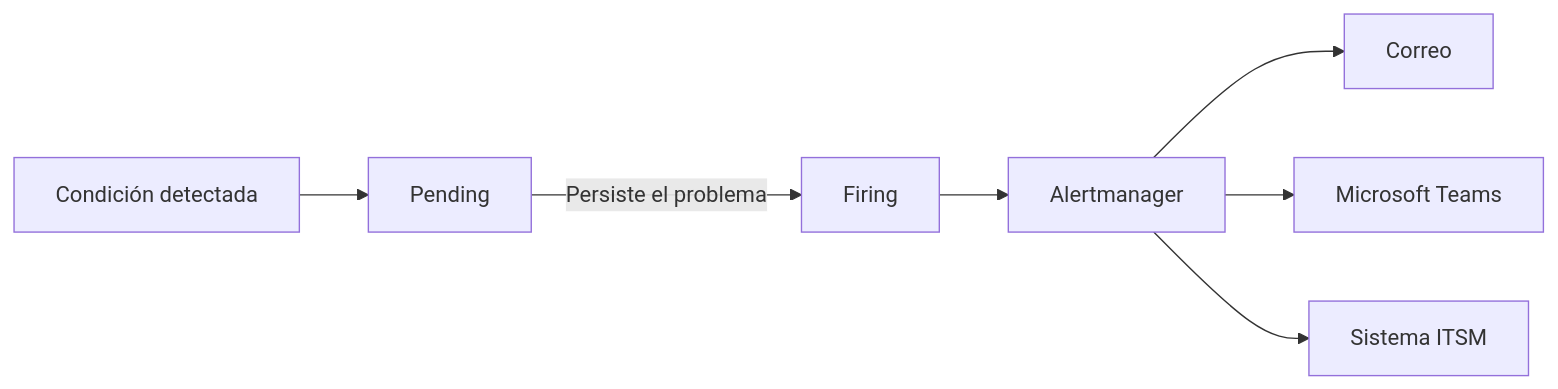
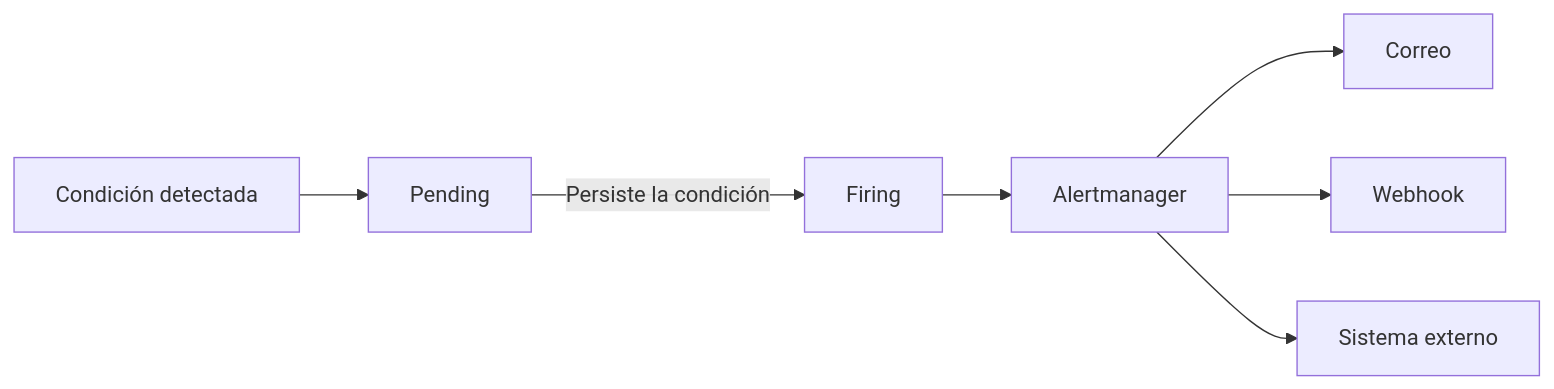
The third of 9 diagrams in docs/sesion3/3.3 Alertas.md (ieftraining/curso-openshift), drawn with Mermaid before and after one commit. The commit also changed other lines of this file, not shown here.

````diff
--- a/docs/sesion3/3.3 Alertas.md
+++ b/docs/sesion3/3.3 Alertas.md
@@ -127,14 +116,9 @@
 ```mermaid
 flowchart LR
-
-    A[Condición detectada]
-    --> B[Pending]
-
-    B -->|Persiste el problema| C[Firing]
-
+    A[Condición detectada] --> B[Pending]
+    B -->|Persiste la condición| C[Firing]
     C --> D[Alertmanager]
-
     D --> E[Correo]
-    D --> F[Microsoft Teams]
-    D --> G[Sistema ITSM]
+    D --> F[Webhook]
+    D --> G[Sistema externo]
 ```
````
